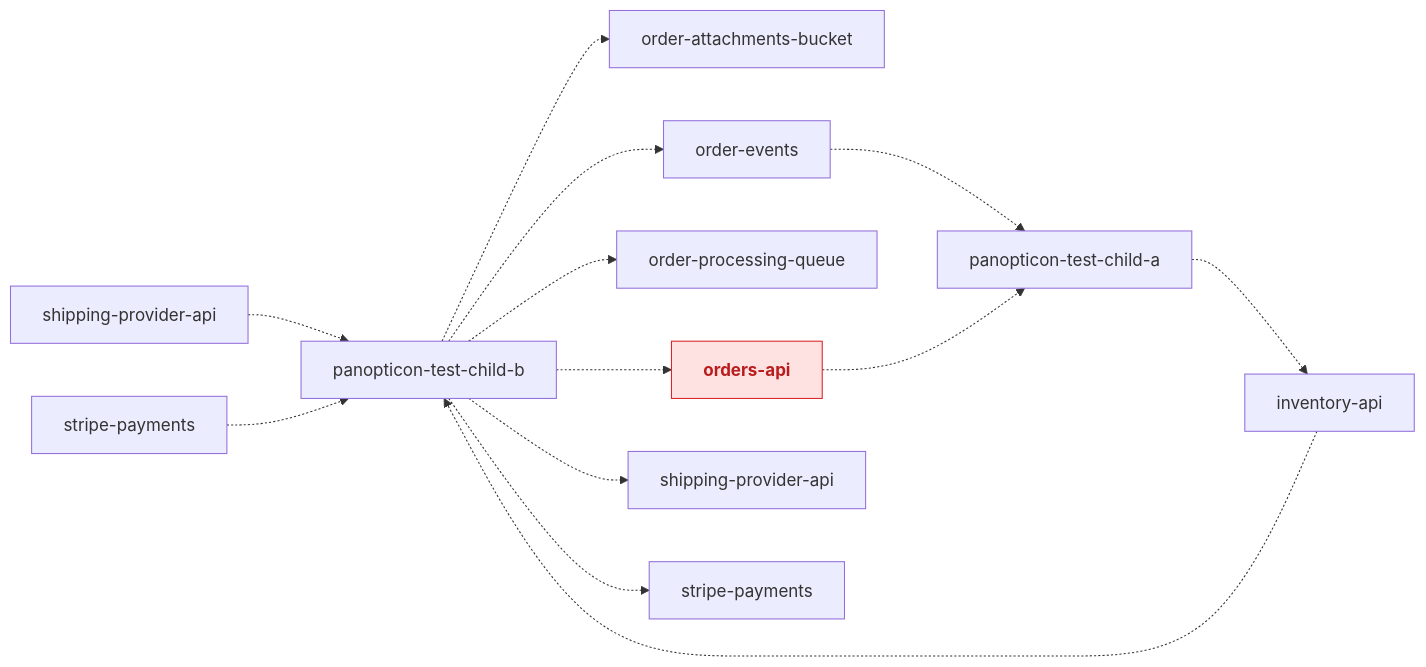
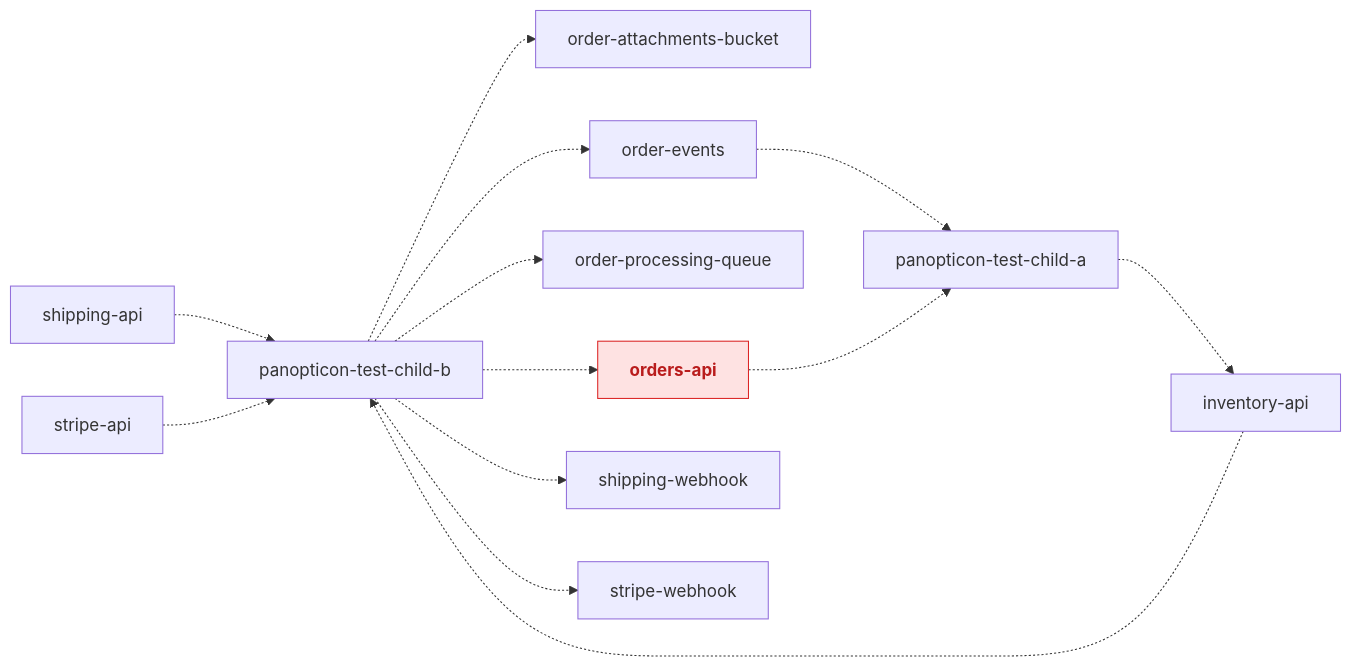
Before and after one commit to industrial-curiosity/panopticon-test: the second of 2 diagrams in docs/architecture.md, drawn with Mermaid. The commit also changed other lines of this file and 16 other files, not shown here.

Commit message:
panopticon: sync panopticon-test-child-b @ 44fa571a71618885241d83b1690128dacab19801

````diff
--- a/docs/architecture.md
+++ b/docs/architecture.md
@@ -56,28 +56,28 @@
 ```mermaid
 graph LR
     repo_panopticon_test_child_b["panopticon-test-child-b"]
     repo_panopticon_test_child_a["panopticon-test-child-a"]
     repo_resource_inventory_api_rest["inventory-api"]
     repo_panopticon_test_child_a -.-> repo_resource_inventory_api_rest
     repo_resource_inventory_api_rest -.-> repo_panopticon_test_child_b
     repo_resource_order_attachments_bucket_s3["order-attachments-bucket"]
     repo_panopticon_test_child_b -.-> repo_resource_order_attachments_bucket_s3
     repo_resource_order_events_kafka["order-events"]
     repo_panopticon_test_child_b -.-> repo_resource_order_events_kafka
     repo_resource_order_events_kafka -.-> repo_panopticon_test_child_a
     repo_resource_order_processing_queue_sqs["order-processing-queue"]
     repo_panopticon_test_child_b -.-> repo_resource_order_processing_queue_sqs
     repo_resource_orders_api_rest["orders-api"]
     class repo_resource_orders_api_rest conflictResource
     repo_panopticon_test_child_b -.-> repo_resource_orders_api_rest
     repo_resource_orders_api_rest -.-> repo_panopticon_test_child_a
-    repo_resource_shipping_provider_api_rest["shipping-provider-api"]
-    repo_resource_shipping_provider_api_rest -.-> repo_panopticon_test_child_b
-    repo_resource_shipping_provider_api_webhook["shipping-provider-api"]
-    repo_panopticon_test_child_b -.-> repo_resource_shipping_provider_api_webhook
-    repo_resource_stripe_payments_rest["stripe-payments"]
-    repo_resource_stripe_payments_rest -.-> repo_panopticon_test_child_b
-    repo_resource_stripe_payments_webhook["stripe-payments"]
-    repo_panopticon_test_child_b -.-> repo_resource_stripe_payments_webhook
+    repo_resource_shipping_api_rest["shipping-api"]
+    repo_resource_shipping_api_rest -.-> repo_panopticon_test_child_b
+    repo_resource_shipping_webhook_webhook["shipping-webhook"]
+    repo_panopticon_test_child_b -.-> repo_resource_shipping_webhook_webhook
+    repo_resource_stripe_api_rest["stripe-api"]
+    repo_resource_stripe_api_rest -.-> repo_panopticon_test_child_b
+    repo_resource_stripe_webhook_webhook["stripe-webhook"]
+    repo_panopticon_test_child_b -.-> repo_resource_stripe_webhook_webhook
     classDef conflictResource fill:#fee2e2,stroke:#dc2626,color:#b91c1c,font-weight:bold
 ```
````
